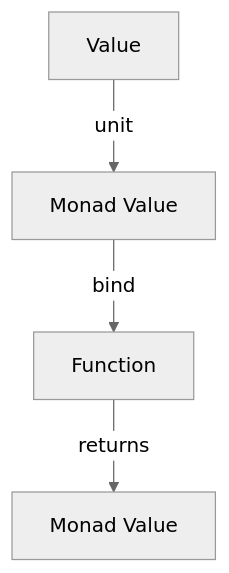
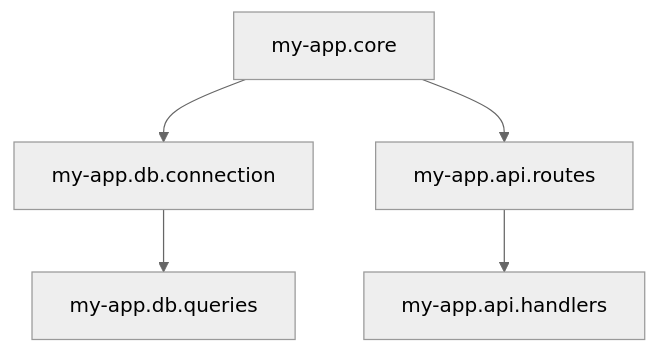
Before and after one commit to MasteryEducation/SoftwarePatternsLexicon.com: the diagram in content/patterns-clojure/4/2/index.md, drawn with Mermaid (neutral theme). The commit also changed other lines of this file and 462 other files, not shown here.

````diff
--- a/content/patterns-clojure/4/2/index.md
+++ b/content/patterns-clojure/4/2/index.md
@@ -118,6 +130,7 @@
 ```mermaid
 graph TD;
-    A[Value] -->|unit| B[Monad Value];
-    B -->|bind| C[Function];
-    C -->|returns| D[Monad Value];
+    A[my-app.core] --> B[my-app.db.connection];
+    A --> C[my-app.api.routes];
+    B --> D[my-app.db.queries];
+    C --> E[my-app.api.handlers];
 ```
````
